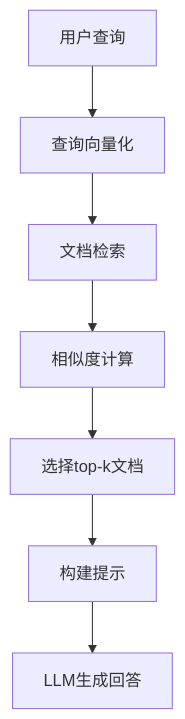
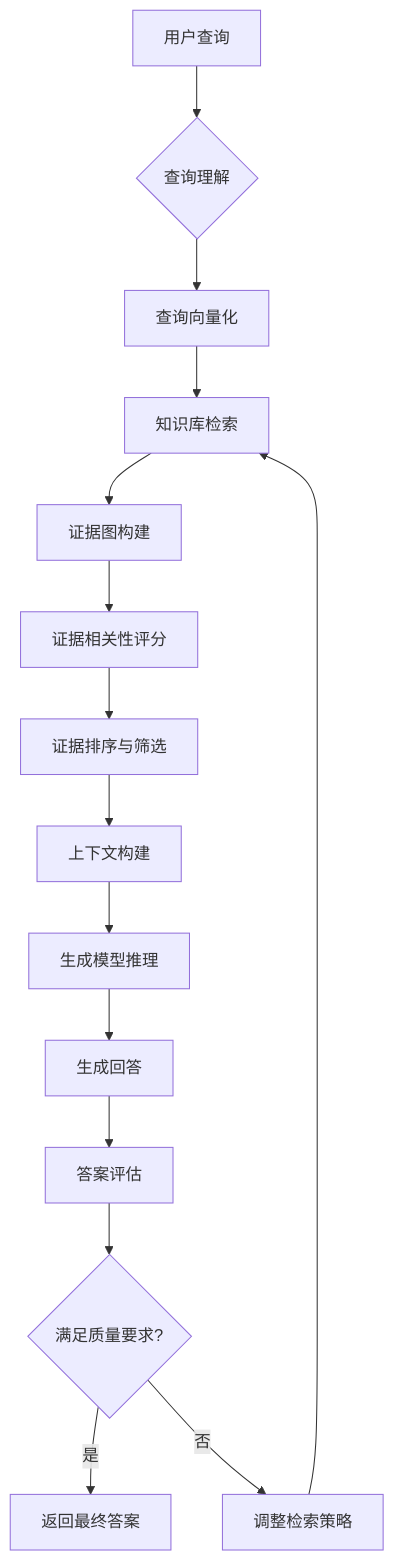
One commit to valkryhx/patent_agents changed the diagram in output/progress/以证据图增强的rag系统_ada191f4/02_background.md. Above: the diagram before and after it, drawn with Mermaid. The commit also changed other lines of this file and 3 other files, not shown here.

````diff
--- a/output/progress/以证据图增强的rag系统_ada191f4/02_background.md
+++ b/output/progress/以证据图增强的rag系统_ada191f4/02_background.md
@@ -17,9 +49,17 @@
 ```mermaid
 graph TD
-    A[用户查询] --> B[查询向量化]
-    B --> C[文档检索]
-    C --> D[相似度计算]
-    D --> E[选择top-k文档]
-    E --> F[构建提示]
-    F --> G[LLM生成回答]
+    A[用户查询] --> B{查询理解}
+    B --> C[查询向量化]
+    C --> D[知识库检索]
+    D --> E[证据图构建]
+    E --> F[证据相关性评分]
+    F --> G[证据排序与筛选]
+    G --> H[上下文构建]
+    H --> I[生成模型推理]
+    I --> J[生成回答]
+    J --> K[答案评估]
+    K --> L{满足质量要求?}
+    L -->|是| M[返回最终答案]
+    L -->|否| N[调整检索策略]
+    N --> D
 ```
````
